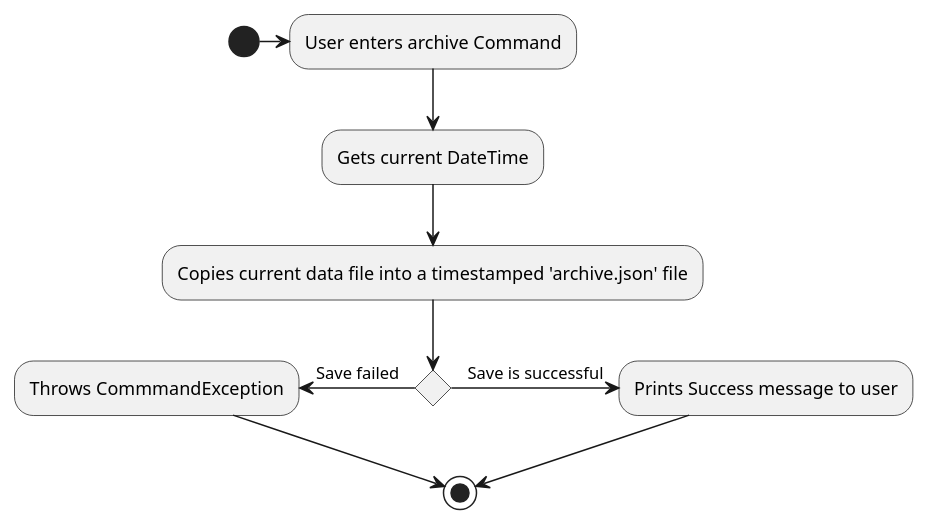
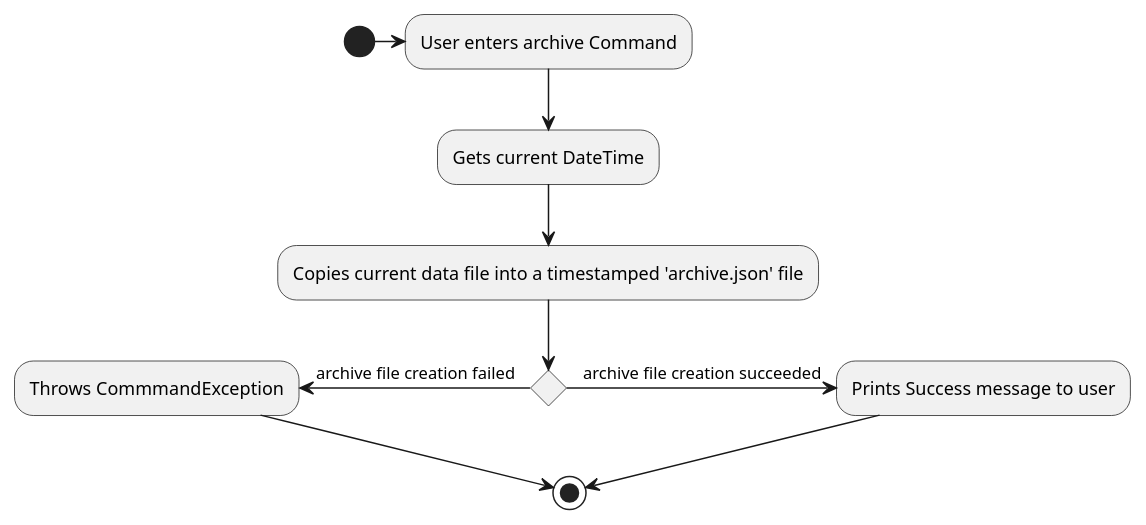
The diagram in docs/diagrams/ArchiveActivityDiagram.puml (zhangchengchuan/tp-1), drawn with PlantUML before and after one commit. The commit also changed 1 other file, not shown here.

Commit message:
update archive activity diagram

```diff
--- a/docs/diagrams/ArchiveActivityDiagram.puml
+++ b/docs/diagrams/ArchiveActivityDiagram.puml
@@ -1,12 +1,12 @@
 @startuml
 (*) -> User enters archive Command
 --> "Gets current DateTime"
 --> "Copies current data file into a timestamped 'archive.json' file"
 if "" then
--right>[Save is successful] "Prints Success message to user"
+-right>[archive file creation succeeded] "Prints Success message to user"
 -down-> (*)
 else
--left> [Save failed] "Throws CommmandException"
+-left> [archive file creation failed] "Throws CommmandException"
 endif
 -down-> (*)
 @enduml
```
